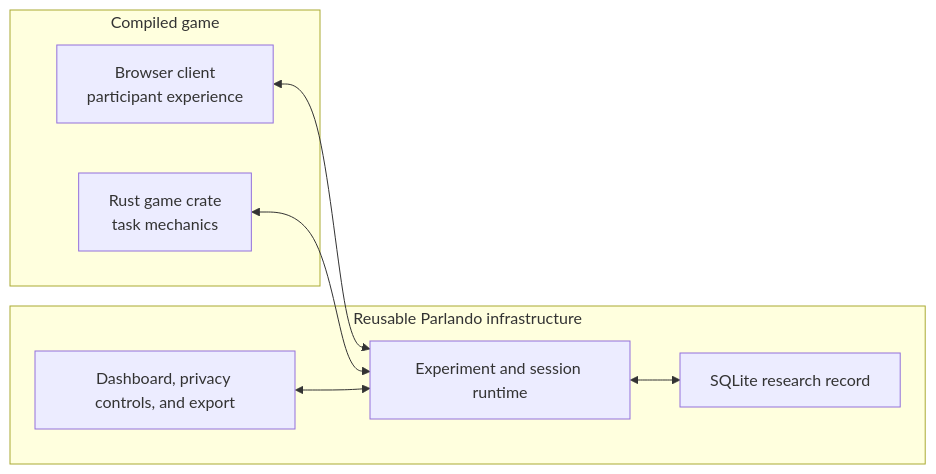
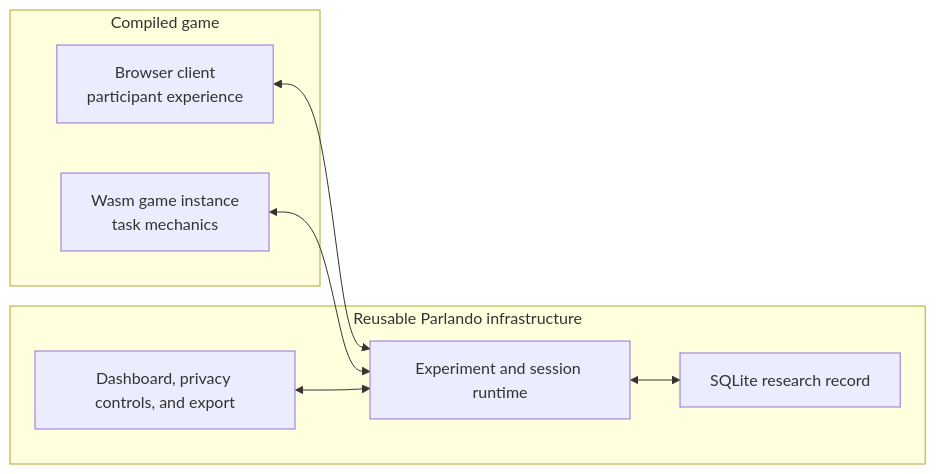
Before and after one commit to coli-saar/parlando: the diagram in docs/architecture.md, drawn with Mermaid. The commit also changed other lines of this file and 351 other files, not shown here.

````diff
--- a/docs/architecture.md
+++ b/docs/architecture.md
@@ -15,18 +7,18 @@
 ```mermaid
 flowchart LR
     subgraph game["Compiled game"]
         client["Browser client<br/>participant experience"]
-        mechanics["Rust game crate<br/>task mechanics"]
+        mechanics["Wasm game instance<br/>task mechanics"]
     end
 
     subgraph platform["Reusable Parlando infrastructure"]
         runtime["Experiment and session runtime"]
         admin["Dashboard, privacy controls, and export"]
         store["SQLite research record"]
     end
 
     client <--> runtime
     mechanics <--> runtime
     admin <--> runtime
     runtime <--> store
 ```
````
